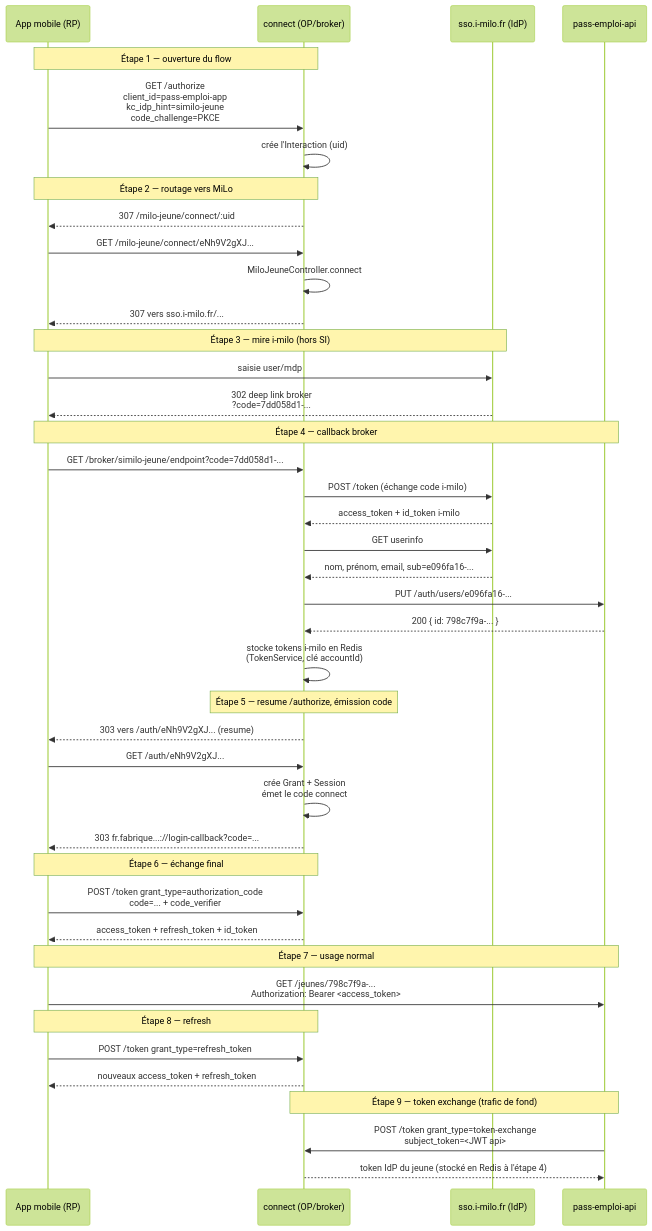
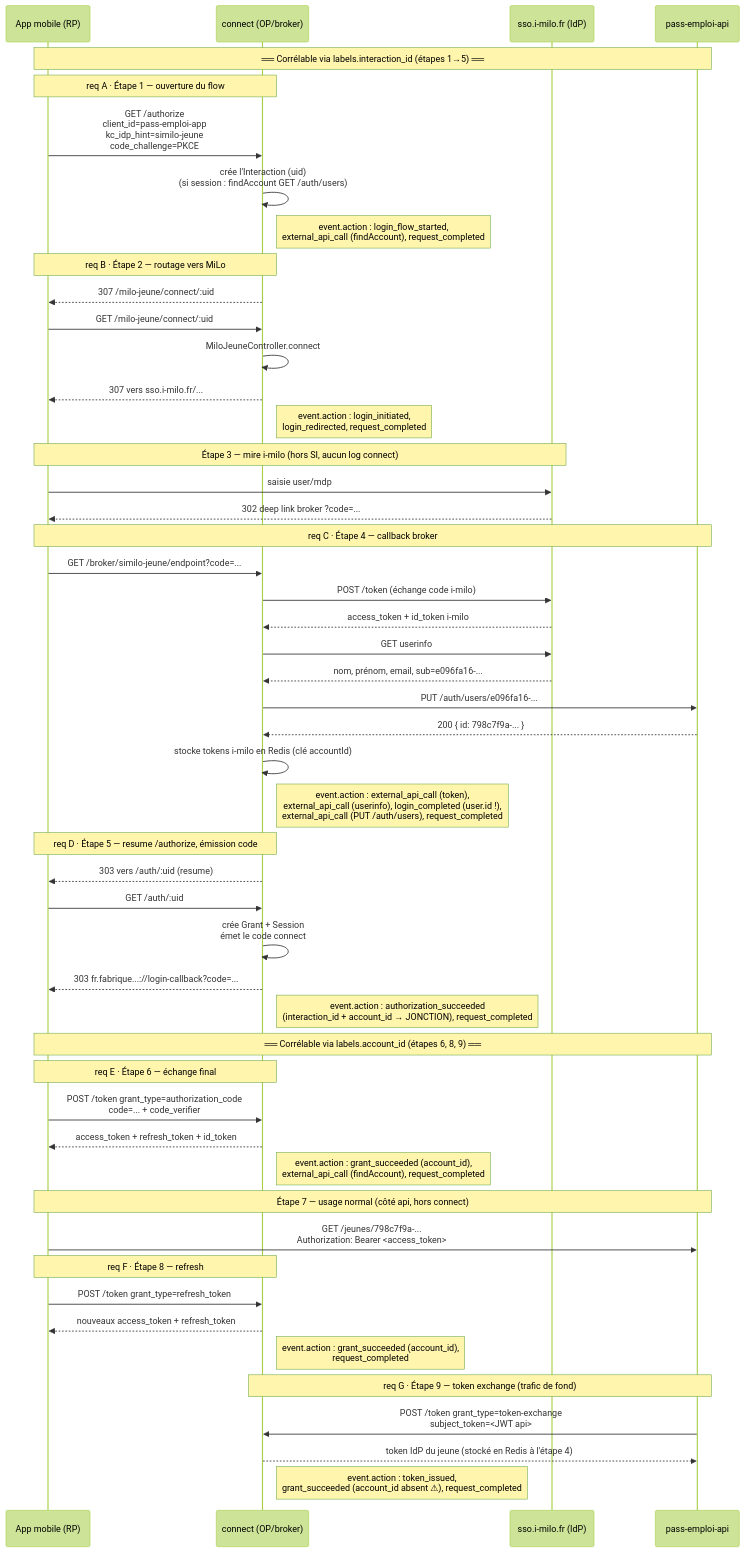
One commit to France-Travail/pass-emploi-connect changed the diagram in docs/flow-authentification.md. Above: the diagram before and after it, drawn with Mermaid (forest theme). The commit also changed other lines of this file and 4 other files, not shown here.

Commit message:
fix(logs): ajoute logs flow authent

````diff
--- a/docs/flow-authentification.md
+++ b/docs/flow-authentification.md
@@ -33,52 +41,63 @@
 ```mermaid
 sequenceDiagram
     participant App as App mobile (RP)
     participant Connect as connect (OP/broker)
     participant Milo as sso.i-milo.fr (IdP)
     participant Api as pass-emploi-api
 
-    Note over App,Connect: Étape 1 — ouverture du flow
+    Note over App,Api: ══ Corrélable via labels.interaction_id (étapes 1→5) ══
+
+    Note over App,Connect: req A · Étape 1 — ouverture du flow
     App->>Connect: GET /authorize<br/>client_id=pass-emploi-app<br/>kc_idp_hint=similo-jeune<br/>code_challenge=PKCE
-    Connect->>Connect: crée l'Interaction (uid)
+    Connect->>Connect: crée l'Interaction (uid)<br/>(si session : findAccount GET /auth/users)
+    Note right of Connect: event.action : login_flow_started,<br/>external_api_call (findAccount), request_completed
 
-    Note over App,Connect: Étape 2 — routage vers MiLo
+    Note over App,Connect: req B · Étape 2 — routage vers MiLo
     Connect-->>App: 307 /milo-jeune/connect/:uid
-    App->>Connect: GET /milo-jeune/connect/eNh9V2gXJ...
+    App->>Connect: GET /milo-jeune/connect/:uid
     Connect->>Connect: MiloJeuneController.connect
     Connect-->>App: 307 vers sso.i-milo.fr/...
+    Note right of Connect: event.action : login_initiated,<br/>login_redirected, request_completed
 
-    Note over App,Milo: Étape 3 — mire i-milo (hors SI)
+    Note over App,Milo: Étape 3 — mire i-milo (hors SI, aucun log connect)
     App->>Milo: saisie user/mdp
-    Milo-->>App: 302 deep link broker<br/>?code=7dd058d1-...
+    Milo-->>App: 302 deep link broker ?code=...
 
-    Note over App,Api: Étape 4 — callback broker
-    App->>Connect: GET /broker/similo-jeune/endpoint?code=7dd058d1-...
+    Note over App,Api: req C · Étape 4 — callback broker
+    App->>Connect: GET /broker/similo-jeune/endpoint?code=...
     Connect->>Milo: POST /token (échange code i-milo)
     Milo-->>Connect: access_token + id_token i-milo
     Connect->>Milo: GET userinfo
     Milo-->>Connect: nom, prénom, email, sub=e096fa16-...
     Connect->>Api: PUT /auth/users/e096fa16-...
     Api-->>Connect: 200 { id: 798c7f9a-... }
-    Connect->>Connect: stocke tokens i-milo en Redis<br/>(TokenService, clé accountId)
+    Connect->>Connect: stocke tokens i-milo en Redis (clé accountId)
+    Note right of Connect: event.action : external_api_call (token),<br/>external_api_call (userinfo), login_completed (user.id !),<br/>external_api_call (PUT /auth/users), request_completed
 
-    Note over Connect: Étape 5 — resume /authorize, émission code
-    Connect-->>App: 303 vers /auth/eNh9V2gXJ... (resume)
-    App->>Connect: GET /auth/eNh9V2gXJ...
+    Note over App,Connect: req D · Étape 5 — resume /authorize, émission code
+    Connect-->>App: 303 vers /auth/:uid (resume)
+    App->>Connect: GET /auth/:uid
     Connect->>Connect: crée Grant + Session<br/>émet le code connect
     Connect-->>App: 303 fr.fabrique...://login-callback?code=...
+    Note right of Connect: event.action : authorization_succeeded<br/>(interaction_id + account_id → JONCTION), request_completed
 
-    Note over App,Connect: Étape 6 — échange final
+    Note over App,Api: ══ Corrélable via labels.account_id (étapes 6, 8, 9) ══
+
+    Note over App,Connect: req E · Étape 6 — échange final
     App->>Connect: POST /token grant_type=authorization_code<br/>code=... + code_verifier
     Connect-->>App: access_token + refresh_token + id_token
+    Note right of Connect: event.action : grant_succeeded (account_id),<br/>external_api_call (findAccount), request_completed
 
-    Note over App,Api: Étape 7 — usage normal
+    Note over App,Api: Étape 7 — usage normal (côté api, hors connect)
     App->>Api: GET /jeunes/798c7f9a-...<br/>Authorization: Bearer <access_token>
 
-    Note over App,Connect: Étape 8 — refresh
+    Note over App,Connect: req F · Étape 8 — refresh
     App->>Connect: POST /token grant_type=refresh_token
     Connect-->>App: nouveaux access_token + refresh_token
+    Note right of Connect: event.action : grant_succeeded (account_id),<br/>request_completed
 
-    Note over Api,Connect: Étape 9 — token exchange (trafic de fond)
+    Note over Api,Connect: req G · Étape 9 — token exchange (trafic de fond)
     Api->>Connect: POST /token grant_type=token-exchange<br/>subject_token=<JWT api>
     Connect-->>Api: token IdP du jeune (stocké en Redis à l'étape 4)
+    Note right of Connect: event.action : token_issued,<br/>grant_succeeded (account_id absent ⚠), request_completed
 ```
````
